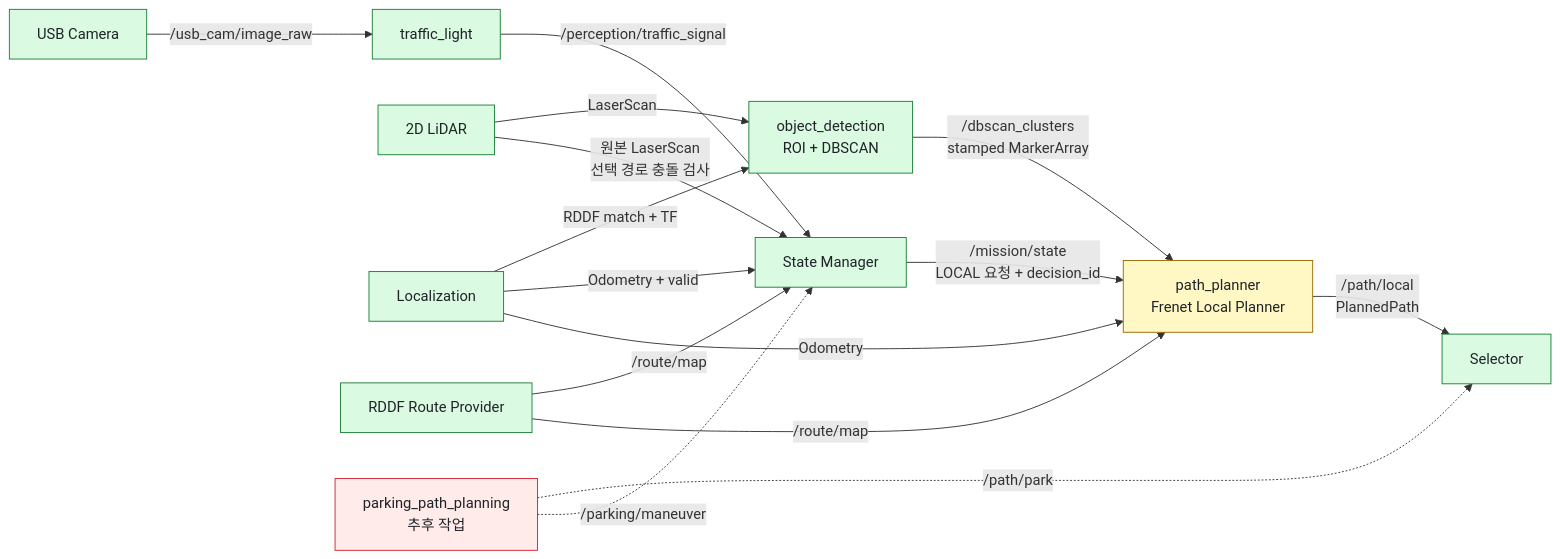
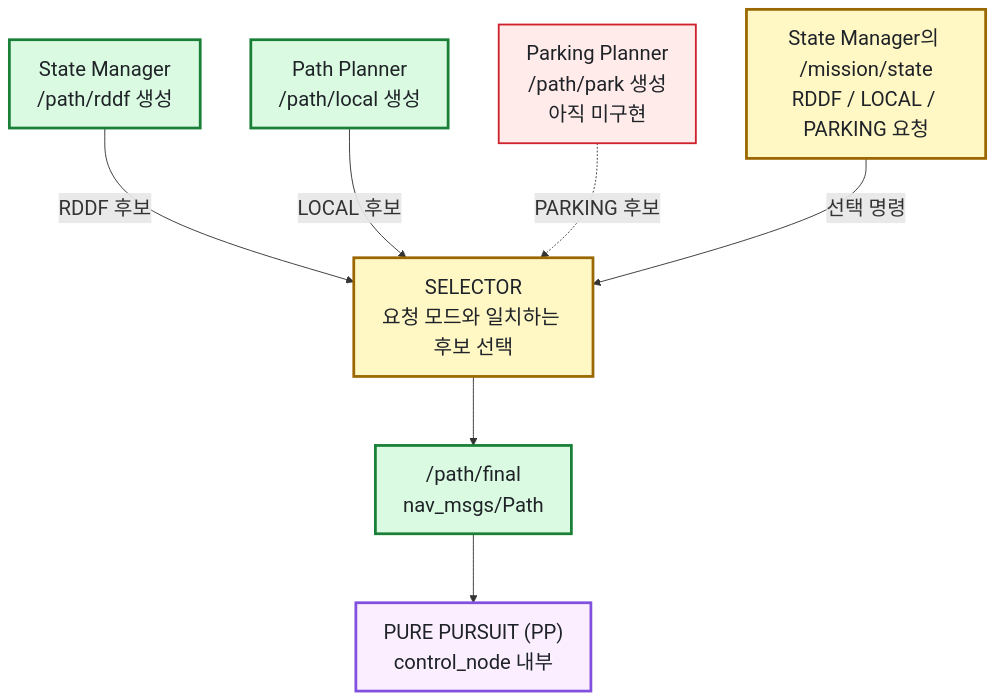
Before and after one commit to Team-Stier/HL-FMA-1-5-2026: the second of 3 diagrams in docs/architecture.md, drawn with Mermaid. The commit also changed other lines of this file, not shown here.

Commit message:
docs: clarify path flow and pure pursuit

````diff
--- a/docs/architecture.md
+++ b/docs/architecture.md
@@ -20,24 +65,23 @@
 ```mermaid
-flowchart LR
-    classDef ready fill:#dafbe1,stroke:#1a7f37,color:#1f2328
-    classDef gated fill:#fff8c5,stroke:#9a6700,color:#1f2328
-    classDef later fill:#ffebe9,stroke:#cf222e,color:#1f2328
+%%{init: {"flowchart": {"htmlLabels": true, "nodeSpacing": 55, "rankSpacing": 75}, "themeVariables": {"fontSize": "22px"}}}%%
+flowchart TB
+    classDef active fill:#dafbe1,stroke:#1a7f37,stroke-width:3px,color:#1f2328
+    classDef choice fill:#fff8c5,stroke:#9a6700,stroke-width:3px,color:#1f2328
+    classDef control fill:#fbefff,stroke:#8250df,stroke-width:3px,color:#1f2328
+    classDef later fill:#ffebe9,stroke:#cf222e,stroke-width:2px,color:#1f2328
 
-    CAM[USB Camera]:::ready -->|/usb_cam/image_raw| TL[traffic_light]:::ready
-    TL -->|/perception/traffic_signal| SM[State Manager]:::ready
+    SM["State Manager<br/>/path/rddf 생성"]:::active
+    LOCAL["Path Planner<br/>/path/local 생성"]:::active
+    PARK["Parking Planner<br/>/path/park 생성<br/>아직 미구현"]:::later
+    MODE["State Manager의 /mission/state<br/>RDDF / LOCAL / PARKING 요청"]:::choice
+    SEL["SELECTOR<br/>요청 모드와 일치하는 후보 선택"]:::choice
+    FINAL["/path/final<br/>nav_msgs/Path"]:::active
+    PP["PURE PURSUIT (PP)<br/>control_node 내부"]:::control
 
-    LIDAR[2D LiDAR]:::ready -->|LaserScan| OD[object_detection<br/>ROI + DBSCAN]:::ready
-    LIDAR -->|원본 LaserScan<br/>선택 경로 충돌 검사| SM
-    LOC[Localization]:::ready -->|RDDF match + TF| OD
-    OD -->|/dbscan_clusters<br/>stamped MarkerArray| LP[path_planner<br/>Frenet Local Planner]:::gated
-
-    ROUTE[RDDF Route Provider]:::ready -->|/route/map| SM
-    ROUTE -->|/route/map| LP
-    LOC -->|Odometry + valid| SM
-    LOC -->|Odometry| LP
-    SM -->|/mission/state<br/>LOCAL 요청 + decision_id| LP
-    LP -->|/path/local<br/>PlannedPath| SEL[Selector]:::ready
-
-    PARK[parking_path_planning<br/>추후 작업]:::later -.->|/path/park| SEL
-    PARK -.->|/parking/maneuver| SM
+    SM -->|RDDF 후보| SEL
+    LOCAL -->|LOCAL 후보| SEL
+    PARK -.->|PARKING 후보| SEL
+    MODE -->|선택 명령| SEL
+    SEL --> FINAL
+    FINAL --> PP
 ```
````
